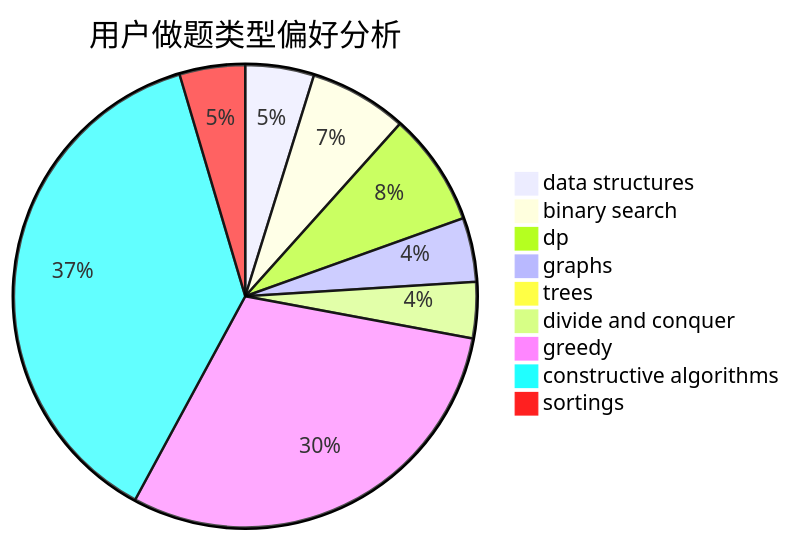
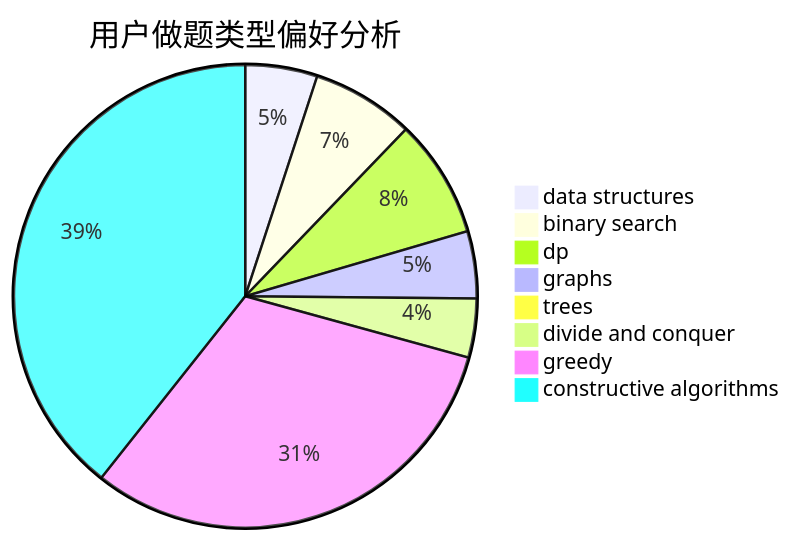
The second of 3 diagrams in docs/user/u1051.md (sherpahu/cfrs.github.io), drawn with Mermaid before and after one commit. The commit also changed other lines of this file and 2769 other files, not shown here.

````diff
--- a/docs/user/u1051.md
+++ b/docs/user/u1051.md
@@ -18,12 +18,11 @@
 ```mermaid
 pie title 用户做题类型偏好分析
     "data structures" :  132
     "binary search" :  188
     "dp" :  217
     "graphs" :  123
     "trees" :  7
     "divide and conquer" :  108
     "greedy" :  824
     "constructive algorithms" :  1032
-    "sortings" :  126
 ```
````
